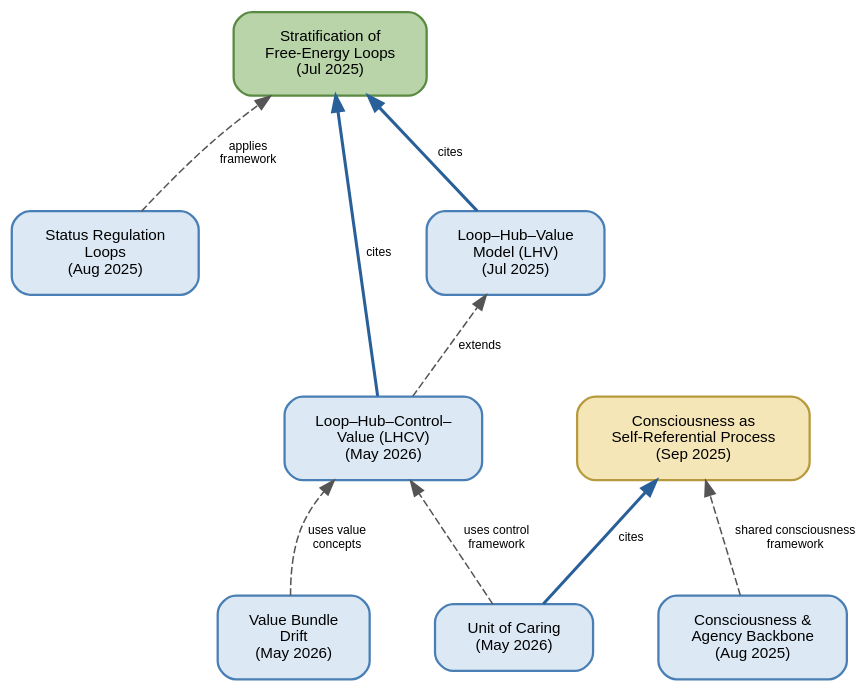
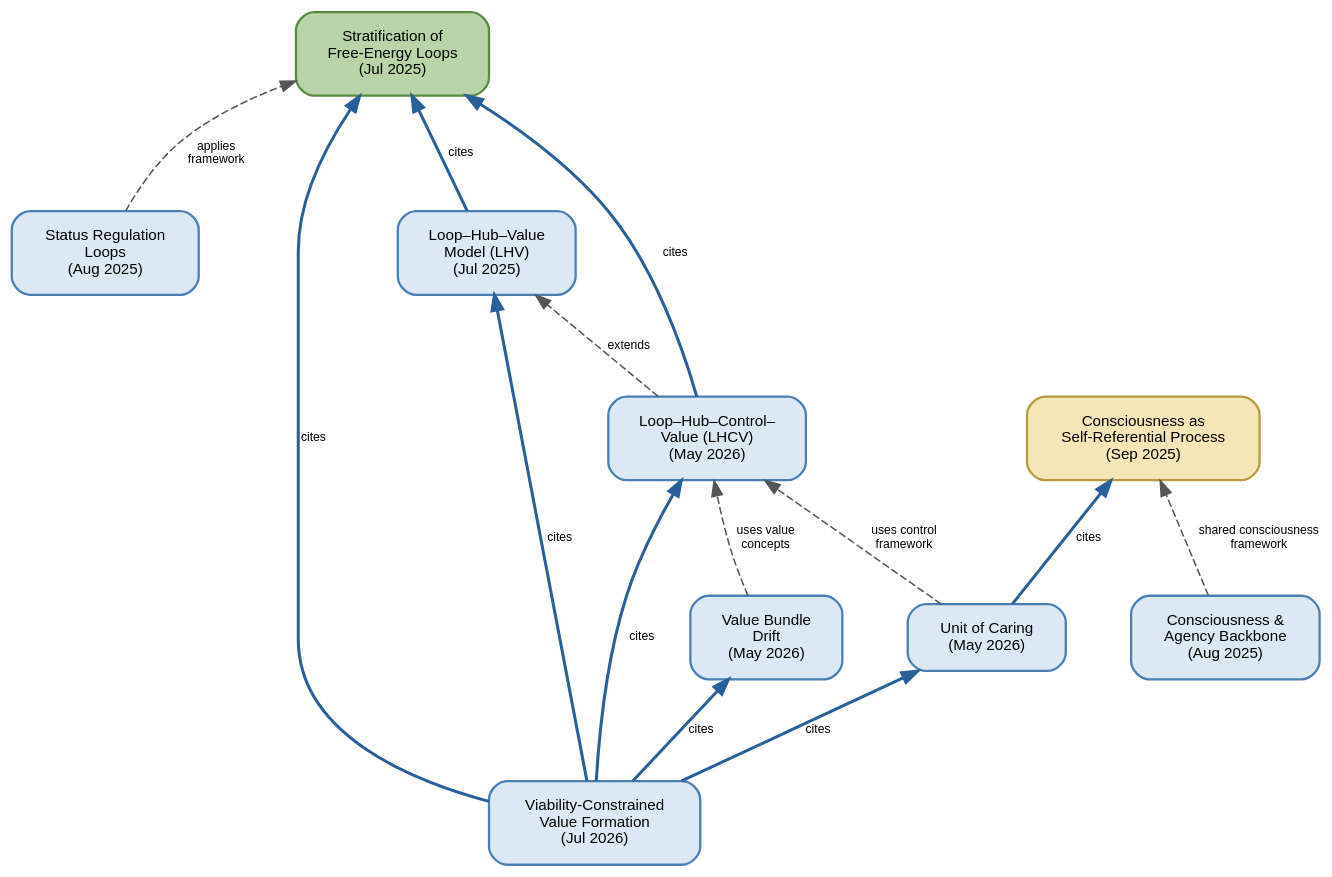
Before and after one commit to GunnarZarncke/brain-to-values: the diagram in papers/paper-references.dot, drawn with Graphviz. The commit also changed 9 other files, not shown here.

First line of the commit message:
Add embedded-value-formation paper and wire it into the program graph.

```diff
--- a/papers/paper-references.dot
+++ b/papers/paper-references.dot
@@ -1,41 +1,47 @@
 digraph paper_references {
     rankdir=BT;
     bgcolor="transparent";
     pad=0.4;
     nodesep=0.6;
     ranksep=0.8;
 
     node [
         shape=box, style="rounded,filled",
         fillcolor="#dce9f5", color="#4a7fb5",
         fontname="Helvetica", fontsize=10,
         margin="0.25,0.15", penwidth=1.5
     ];
     edge [fontname="Helvetica", fontsize=8, color="#555555"];
 
     // Foundational papers (bottom tier)
     FEL  [label="Stratification of\nFree-Energy Loops\n(Jul 2025)", fillcolor="#b8d4a8", color="#5a8a42"];
     CSR  [label="Consciousness as\nSelf-Referential Process\n(Sep 2025)", fillcolor="#f5e6b8", color="#b89a3e"];
 
     // Middle tier
     SRL  [label="Status Regulation\nLoops\n(Aug 2025)"];
     LHV  [label="Loop–Hub–Value\nModel (LHV)\n(Jul 2025)"];
     CAB  [label="Consciousness &\nAgency Backbone\n(Aug 2025)"];
 
     // Upper tier
     LHCV [label="Loop–Hub–Control–\nValue (LHCV)\n(May 2026)"];
     VBD  [label="Value Bundle\nDrift\n(May 2026)"];
     UoC  [label="Unit of Caring\n(May 2026)"];
+    EVC  [label="Viability-Constrained\nValue Formation\n(Jul 2026)"];
 
     // Explicit citations (solid)
     LHV  -> FEL  [label="cites", penwidth=2, color="#2a6099"];
     LHCV -> FEL  [label="cites", penwidth=2, color="#2a6099"];
     UoC  -> CSR  [label="cites", penwidth=2, color="#2a6099"];
+    EVC  -> FEL  [label="cites", penwidth=2, color="#2a6099"];
+    EVC  -> LHV  [label="cites", penwidth=2, color="#2a6099"];
+    EVC  -> LHCV [label="cites", penwidth=2, color="#2a6099"];
+    EVC  -> VBD  [label="cites", penwidth=2, color="#2a6099"];
+    EVC  -> UoC  [label="cites", penwidth=2, color="#2a6099"];
 
     // Conceptual / extends (dashed)
     LHCV -> LHV  [style=dashed, label="extends"];
     SRL  -> FEL  [style=dashed, label="applies\nframework"];
     VBD  -> LHCV [style=dashed, label="uses value\nconcepts"];
     UoC  -> LHCV [style=dashed, label="uses control\nframework"];
     CAB  -> CSR  [style=dashed, label="shared consciousness\nframework"];
 }
```
